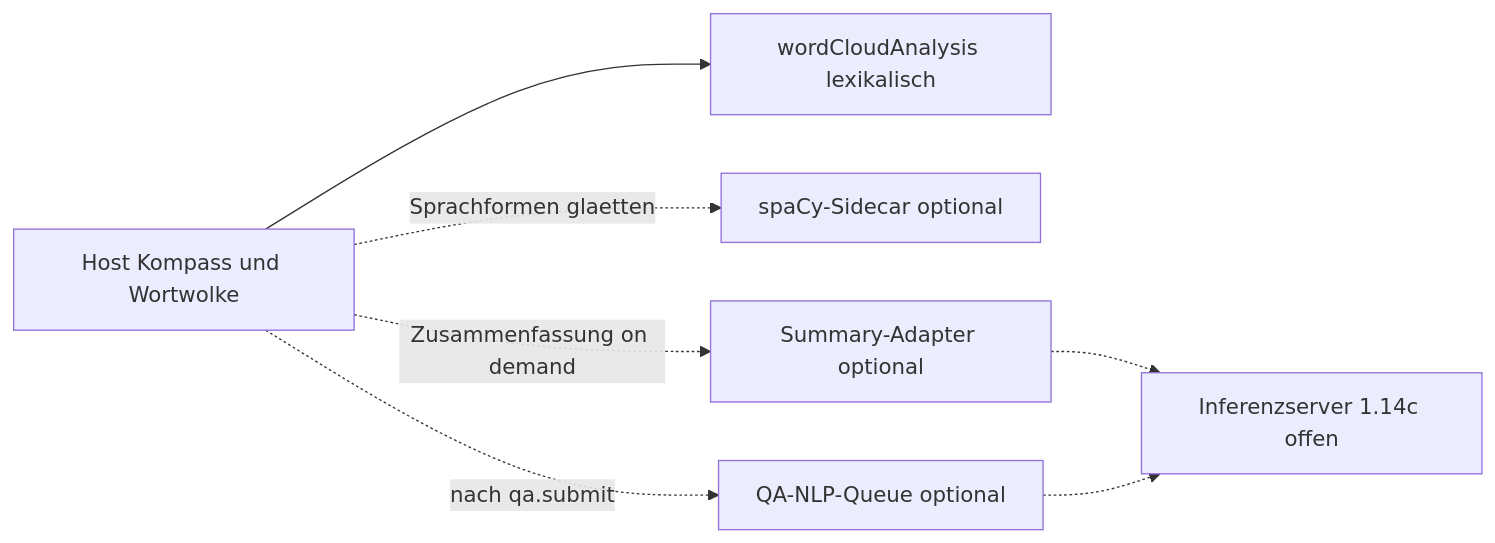
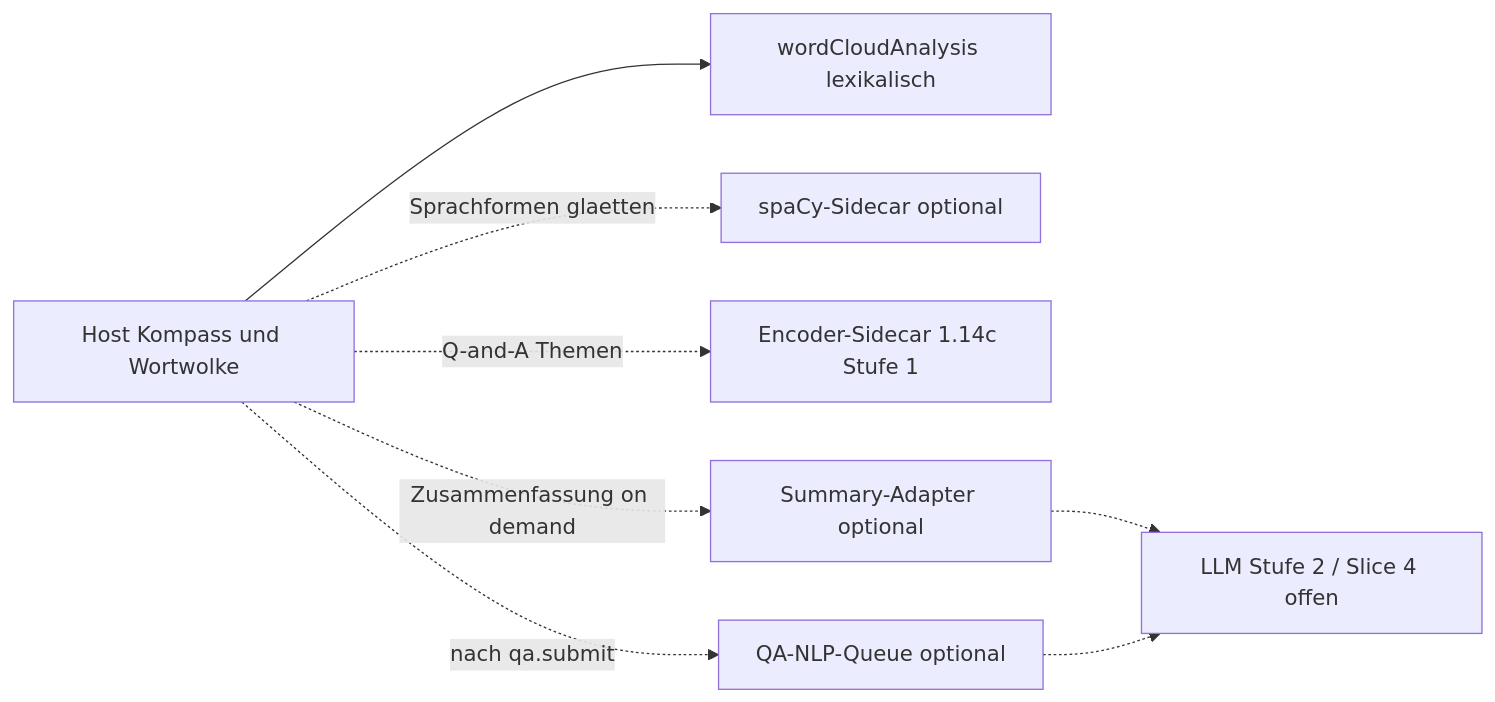
The second of 14 diagrams in docs/diagrams/architecture-overview.md (kqc-real/arsnova.eu), drawn with Mermaid before and after one commit. The commit also changed other lines of this file and 84 other files, not shown here.

First line of the commit message:
feat(word-cloud): Encoder und Clustering für Host-Q&A-Themenmodus (#308)

````diff
--- a/docs/diagrams/architecture-overview.md
+++ b/docs/diagrams/architecture-overview.md
@@ -104,17 +104,19 @@
 ```mermaid
 %%{init: {'flowchart': {'curve': 'basis', 'nodeSpacing': 44, 'rankSpacing': 68, 'padding': 14}}}%%
 flowchart LR
     HOST[Host Kompass und Wortwolke]
     LEX[wordCloudAnalysis lexikalisch]
     SPACY[spaCy-Sidecar optional]
+    ENC[Encoder-Sidecar 1.14c Stufe 1]
     NLP[QA-NLP-Queue optional]
     SUM[Summary-Adapter optional]
-    INFER[Inferenzserver 1.14c offen]
+    LLM[LLM Stufe 2 / Slice 4 offen]
 
     HOST --> LEX
     HOST -.->|Sprachformen glaetten| SPACY
+    HOST -.->|Q-and-A Themen| ENC
     HOST -.->|nach qa.submit| NLP
     HOST -.->|Zusammenfassung on demand| SUM
-    SUM -.-> INFER
-    NLP -.-> INFER
+    SUM -.-> LLM
+    NLP -.-> LLM
 ```
````
